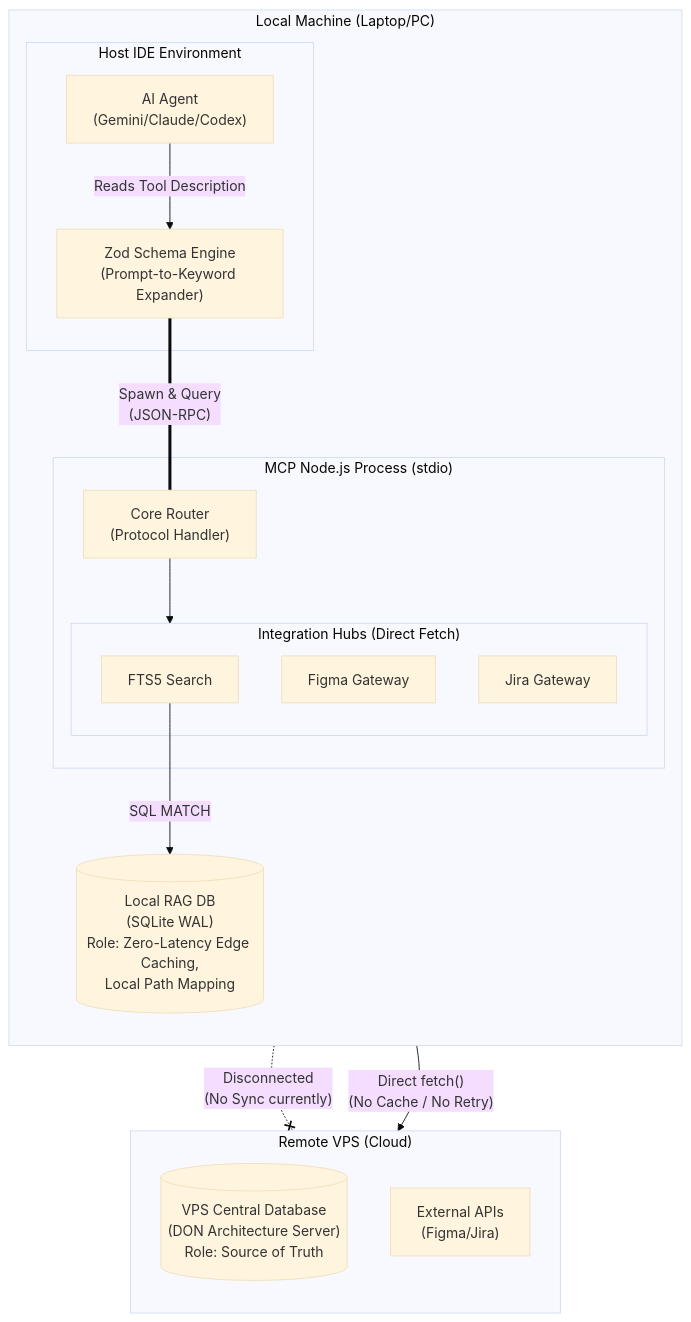
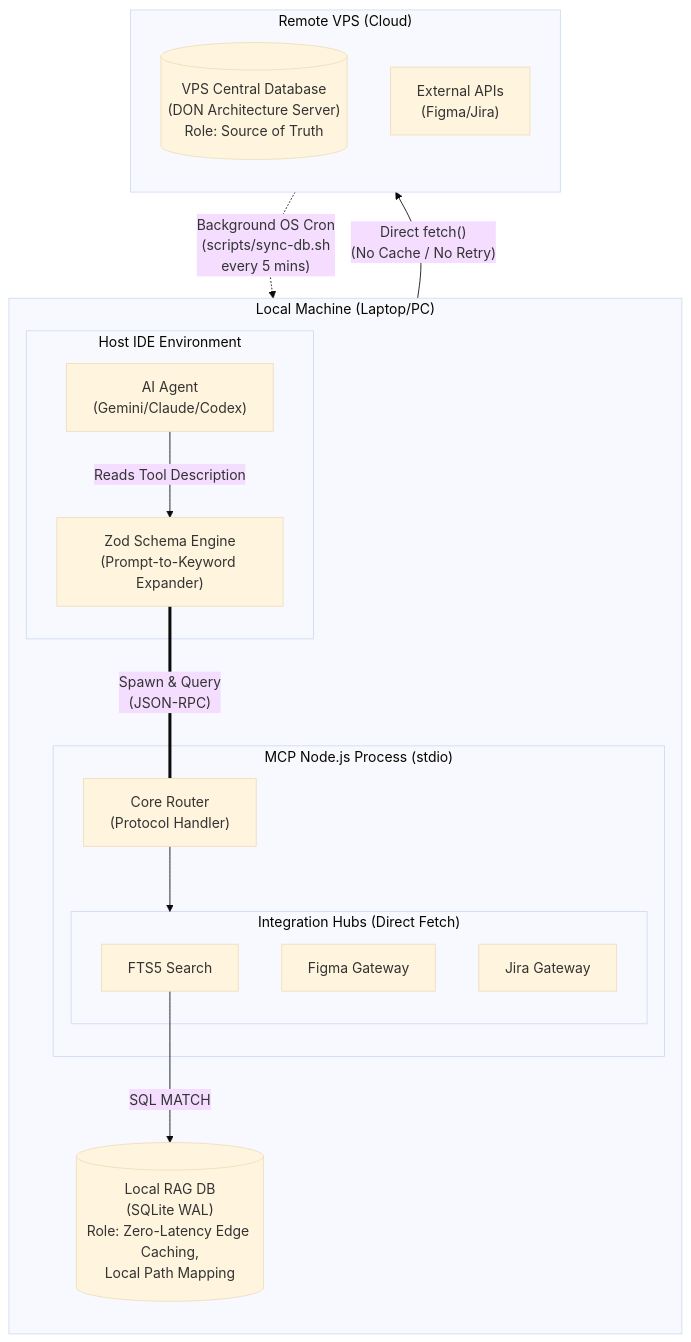
The first of 2 diagrams in README.md (cachep-xidau/MCP-server), drawn with Mermaid (base theme) before and after one commit.

Commit message:
docs: correct MVP architecture to show reality of background OS Cronjob sync

````diff
--- a/README.md
+++ b/README.md
@@ -22,38 +22,38 @@
 ```mermaid
 flowchart TD
     subgraph Local_Workspace["Local Machine (Laptop/PC)"]
         direction TB
         
         subgraph HostIDE["Host IDE Environment"]
             Agent["AI Agent\n(Gemini/Claude/Codex)"]
             Expander["Zod Schema Engine\n(Prompt-to-Keyword Expander)"]
             Agent -- "Reads Tool Description" --> Expander
         end
 
         subgraph MCP_Process["MCP Node.js Process (stdio)"]
             Router["Core Router\n(Protocol Handler)"]
 
             subgraph ToolsLayer["Integration Hubs (Direct Fetch)"]
                 T_Search["FTS5 Search"]
                 T_Figma["Figma Gateway"]
                 T_Jira["Jira Gateway"]
             end
 
             Router --> ToolsLayer
         end
 
         LocalDB[("Local RAG DB\n(SQLite WAL)\nRole: Zero-Latency Edge Caching,\nLocal Path Mapping")]
         
         Expander == "Spawn & Query\n(JSON-RPC)" === Router
         T_Search -- "SQL MATCH" --> LocalDB
     end
 
     subgraph Cloud_Environment["Remote VPS (Cloud)"]
         direction TB
         MasterDB[("VPS Central Database\n(DON Architecture Server)\nRole: Source of Truth")]
         ExtAPIs["External APIs\n(Figma/Jira)"]
     end
 
     ToolsLayer -- "Direct fetch()\n(No Cache / No Retry)" --> ExtAPIs
-    LocalDB -. "Disconnected\n(No Sync currently)" .-x MasterDB
+    MasterDB -. "Background OS Cron\n(scripts/sync-db.sh\nevery 5 mins)" .-> LocalDB
 ```
````
